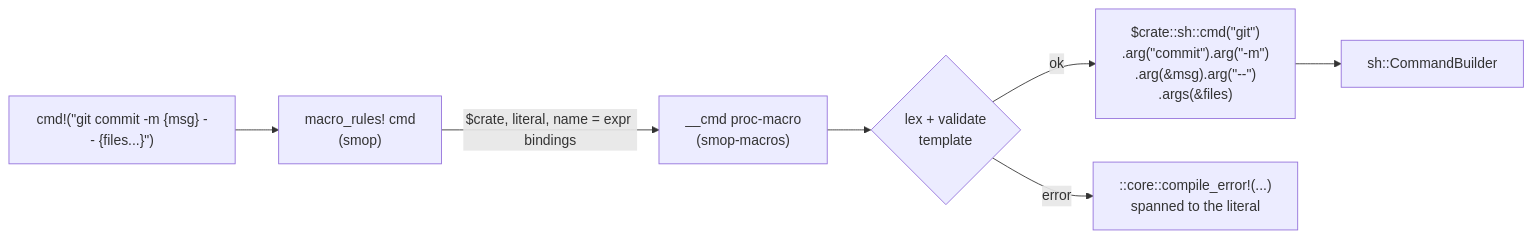
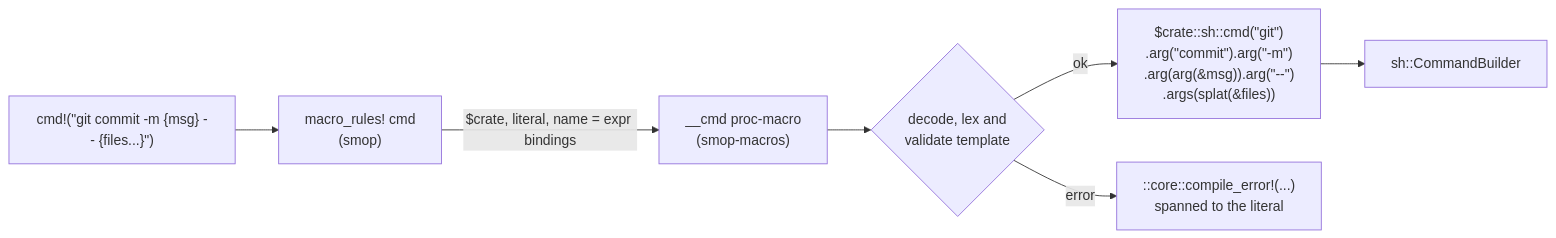
One commit to madmax983/smop changed the diagram in docs/adr/0007-cmd-macro.md. Above: the diagram before and after it, drawn with Mermaid. The commit also changed other lines of this file and 2 other files, not shown here.

First line of the commit message:
docs: apply verification fixes to ADR 0007 and the roadmap, link issues

````diff
--- a/docs/adr/0007-cmd-macro.md
+++ b/docs/adr/0007-cmd-macro.md
@@ -157,9 +174,9 @@
 ```mermaid
 flowchart LR
     A["cmd!(&quot;git commit -m {msg} -- {files...}&quot;)"] --> B["macro_rules! cmd<br/>(smop)"]
     B -->|"$crate, literal, name = expr bindings"| C["__cmd proc-macro<br/>(smop-macros)"]
-    C --> D{"lex + validate<br/>template"}
-    D -->|ok| E["$crate::sh::cmd(&quot;git&quot;)<br/>.arg(&quot;commit&quot;).arg(&quot;-m&quot;)<br/>.arg(&msg).arg(&quot;--&quot;)<br/>.args(&files)"]
+    C --> D{"decode, lex and<br/>validate template"}
+    D -->|ok| E["$crate::sh::cmd(&quot;git&quot;)<br/>.arg(&quot;commit&quot;).arg(&quot;-m&quot;)<br/>.arg(arg(&msg)).arg(&quot;--&quot;)<br/>.args(splat(&files))"]
     D -->|error| F["::core::compile_error!(...)<br/>spanned to the literal"]
     E --> G["sh::CommandBuilder"]
 ```
````
